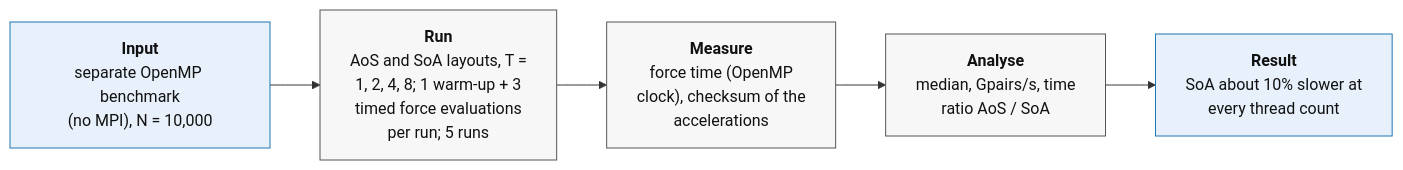
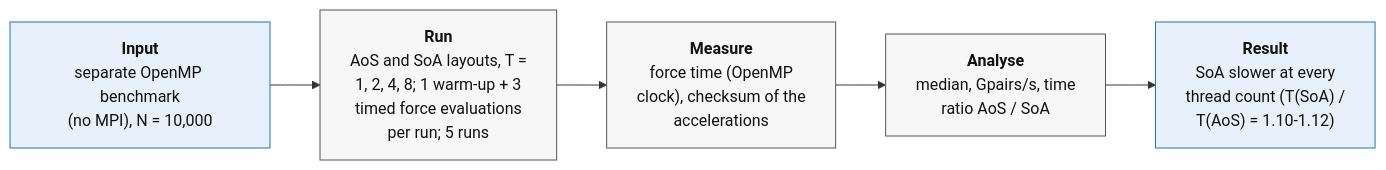
Before and after one commit to emmadariol/HPC_exam: diagram 11 of 16 in Nbody_serial/FINAL_REPORT.md, drawn with Mermaid. The commit also changed other lines of this file, not shown here.

````diff
--- a/Nbody_serial/FINAL_REPORT.md
+++ b/Nbody_serial/FINAL_REPORT.md
@@ -810,13 +803,13 @@
 ```mermaid
 flowchart LR
   A["<b>Input</b><br/>separate OpenMP benchmark<br/>(no MPI), N = 10,000"]
   B["<b>Run</b><br/>AoS and SoA layouts, T =<br/>1, 2, 4, 8; 1 warm-up + 3<br/>timed force evaluations<br/>per run; 5 runs"]
   C["<b>Measure</b><br/>force time (OpenMP<br/>clock), checksum of the<br/>accelerations"]
   D["<b>Analyse</b><br/>median, Gpairs/s, time<br/>ratio AoS / SoA"]
-  E["<b>Result</b><br/>SoA about 10% slower at<br/>every thread count"]
+  E["<b>Result</b><br/>SoA slower at every<br/>thread count (T(SoA) /<br/>T(AoS) = 1.10-1.12)"]
   A --> B --> C --> D --> E
   classDef io fill:#e8f1fb,stroke:#1f77b4,color:#111;
   classDef step fill:#f7f7f7,stroke:#555,color:#111;
   class A,E io;
   class B,C,D step;
 ```
````
